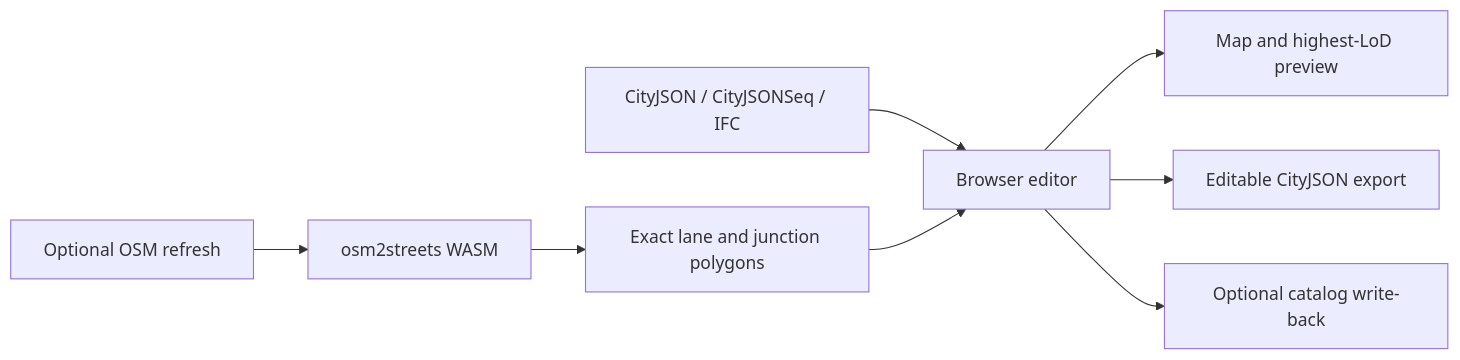
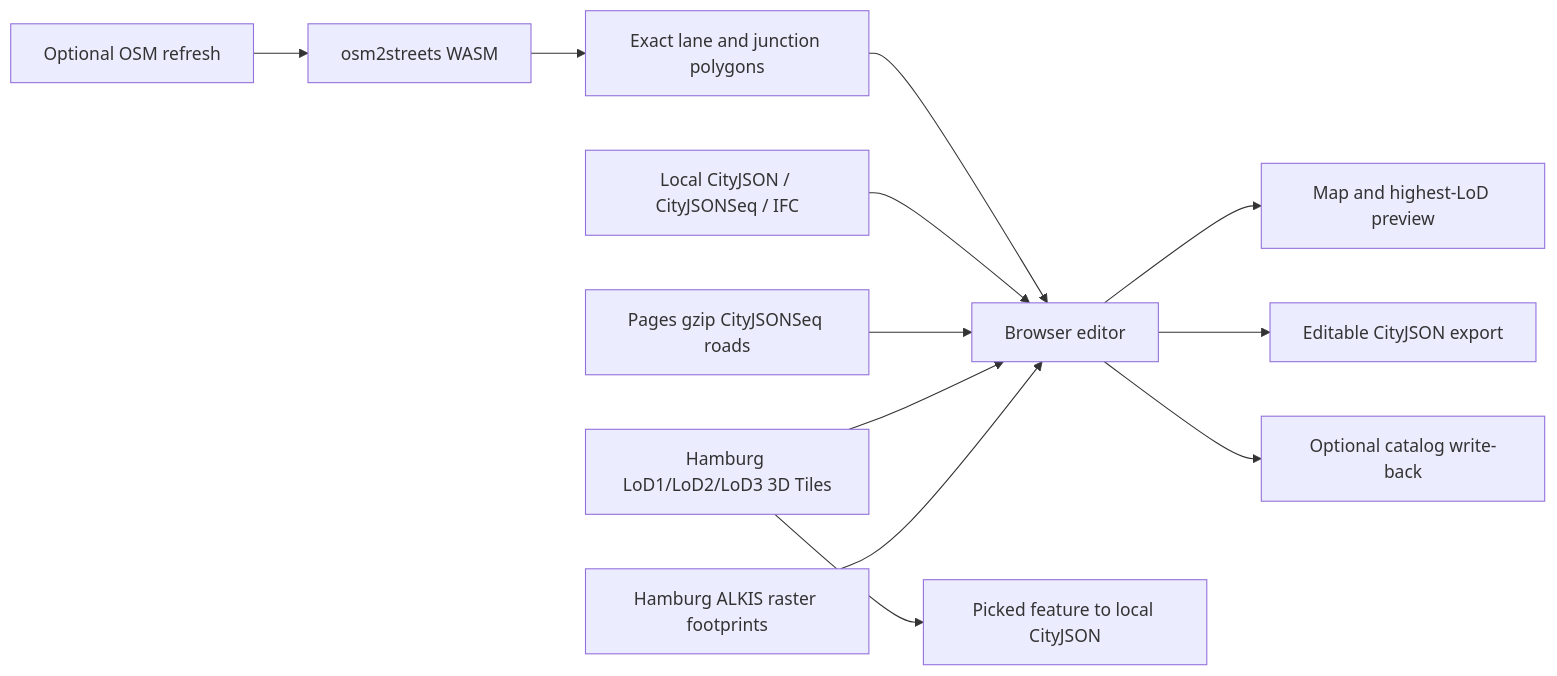
Before and after one commit to cakirmert/webcityeditor: the diagram in PROJECT.md, drawn with Mermaid. The commit also changed other lines of this file and 967 other files, not shown here.

Commit message:
Stream Hamburg citywide editor data

````diff
--- a/PROJECT.md
+++ b/PROJECT.md
@@ -15,10 +16,14 @@
 ```mermaid
 flowchart LR
-  A["CityJSON / CityJSONSeq / IFC"] --> B["Browser editor"]
+  F["Hamburg ALKIS raster footprints"] --> B["Browser editor"]
+  H["Hamburg LoD1/LoD2/LoD3 3D Tiles"] --> B
+  H --> C["Picked feature to local CityJSON"]
+  R["Pages gzip CityJSONSeq roads"] --> B
+  A["Local CityJSON / CityJSONSeq / IFC"] --> B
   O["Optional OSM refresh"] --> S["osm2streets WASM"]
   S --> P["Exact lane and junction polygons"]
   P --> B
   B --> V["Map and highest-LoD preview"]
   B --> E["Editable CityJSON export"]
   B --> W["Optional catalog write-back"]
 ```
````
